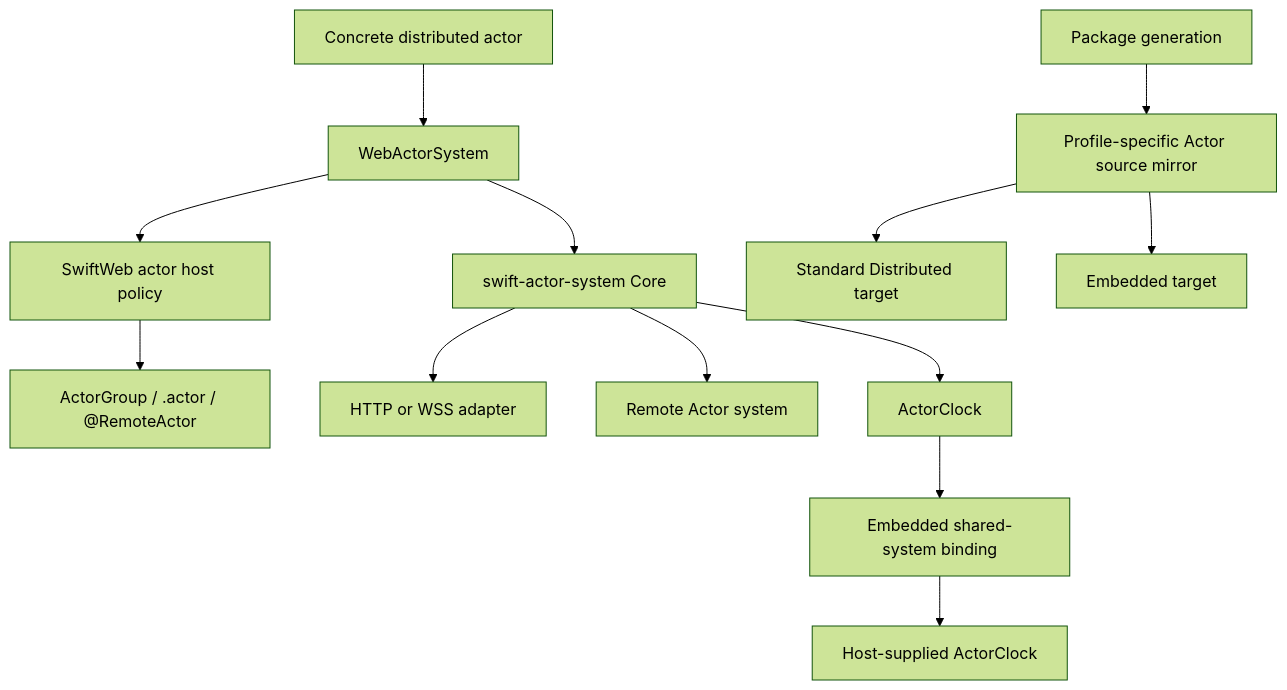
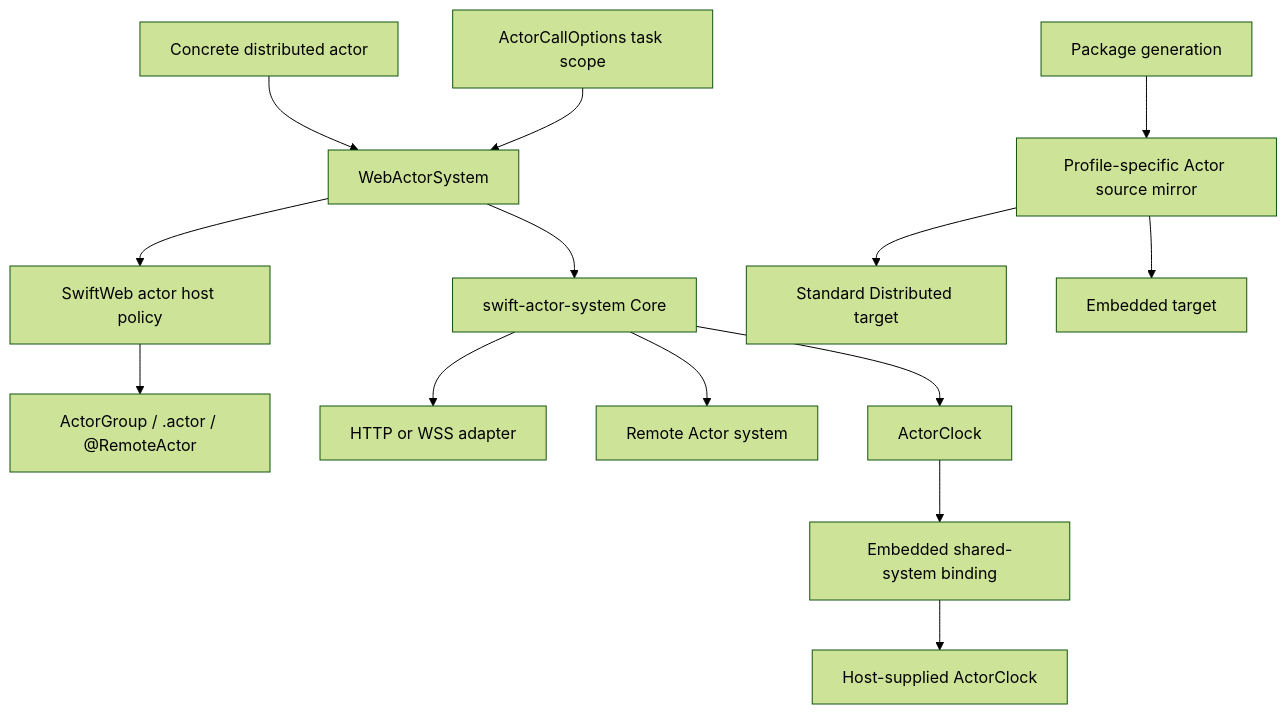
The diagram in Sources/SwiftWebRuntime/Actors/DESIGN.md (1amageek/swift-web), drawn with Mermaid (forest theme) before and after one commit. The commit also changed other lines of this file and 5 other files, not shown here.

Commit message:
Adopt scoped actor call options from the reviewed runtime

````diff
--- a/Sources/SwiftWebRuntime/Actors/DESIGN.md
+++ b/Sources/SwiftWebRuntime/Actors/DESIGN.md
@@ -34,15 +34,16 @@
 ```mermaid
 flowchart TD
   Declaration["Concrete distributed actor"] --> Facade["WebActorSystem"]
   Facade --> Core["swift-actor-system Core"]
   Facade --> Host["SwiftWeb actor host policy"]
   Host --> Scene["ActorGroup / .actor / @RemoteActor"]
   Core --> HTTP["HTTP or WSS adapter"]
   Core --> Peer["Remote Actor system"]
   Core --> Clock["ActorClock"]
   Clock --> Binding["Embedded shared-system binding"]
   Binding --> Platform["Host-supplied ActorClock"]
+  Options["ActorCallOptions task scope"] --> Facade
   Generator["Package generation"] --> Projection["Profile-specific Actor source mirror"]
   Projection --> Standard["Standard Distributed target"]
   Projection --> Embedded["Embedded target"]
 ```
````
